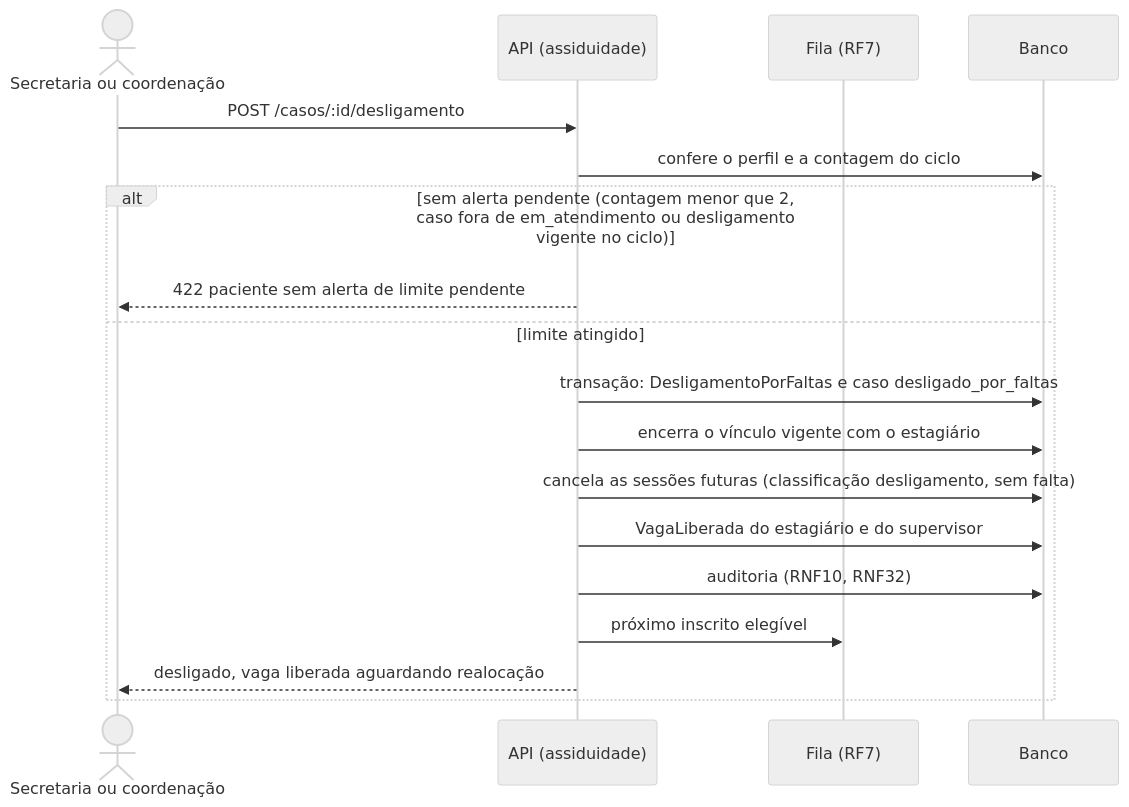
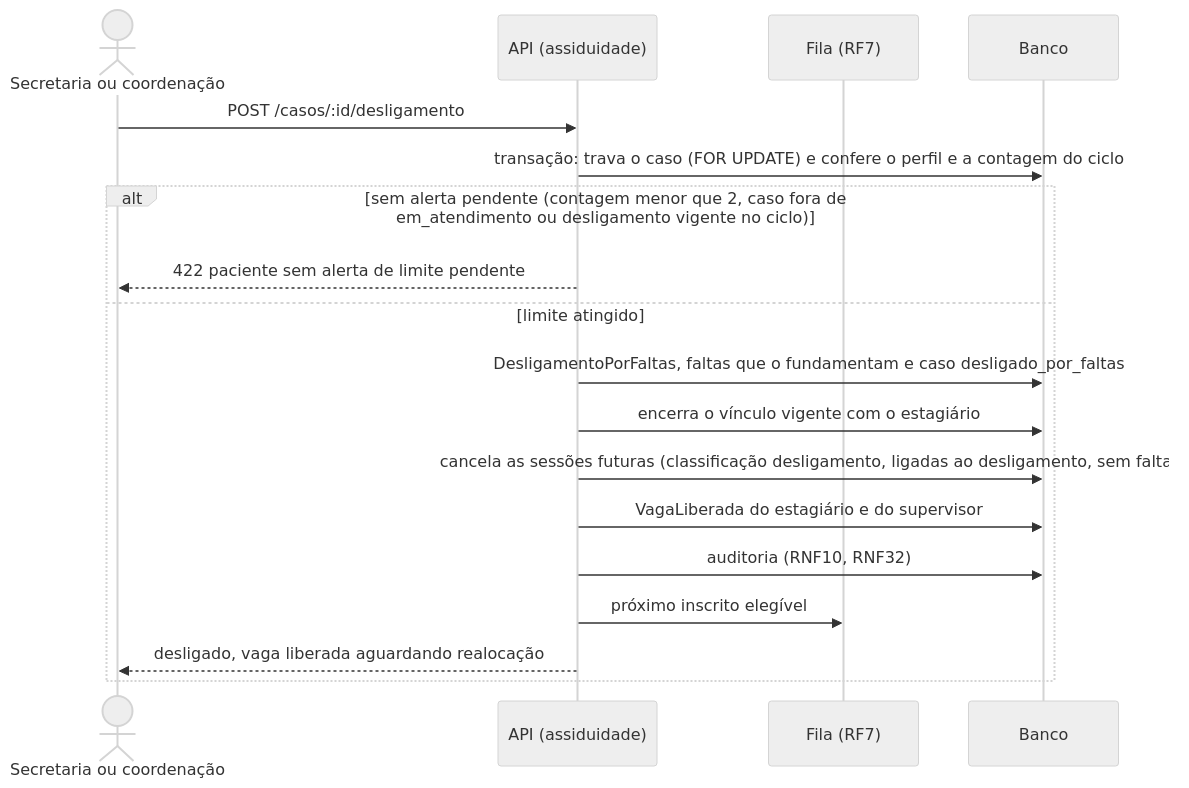
Diagram 23 of 24 in documentacao/docs/unidade-3/projeto-features-ciclo-4.md (mdsreq-fga-unb/REQ-2026.2-T02-ClinicaEscolaFBr), drawn with Mermaid (neutral theme) before and after one commit. The commit also changed other lines of this file and 1 other file, not shown here.

````diff
--- a/documentacao/docs/unidade-3/projeto-features-ciclo-4.md
+++ b/documentacao/docs/unidade-3/projeto-features-ciclo-4.md
@@ -967,20 +978,20 @@
 ```mermaid
 sequenceDiagram
     actor U as Secretaria ou coordenação
     participant A as API (assiduidade)
     participant F as Fila (RF7)
     participant DB as Banco
     U->>A: POST /casos/:id/desligamento
-    A->>DB: confere o perfil e a contagem do ciclo
+    A->>DB: transação: trava o caso (FOR UPDATE) e confere o perfil e a contagem do ciclo
     alt sem alerta pendente (contagem menor que 2, caso fora de em_atendimento ou desligamento vigente no ciclo)
         A-->>U: 422 paciente sem alerta de limite pendente
     else limite atingido
-        A->>DB: transação: DesligamentoPorFaltas e caso desligado_por_faltas
+        A->>DB: DesligamentoPorFaltas, faltas que o fundamentam e caso desligado_por_faltas
         A->>DB: encerra o vínculo vigente com o estagiário
-        A->>DB: cancela as sessões futuras (classificação desligamento, sem falta)
+        A->>DB: cancela as sessões futuras (classificação desligamento, ligadas ao desligamento, sem falta)
         A->>DB: VagaLiberada do estagiário e do supervisor
         A->>DB: auditoria (RNF10, RNF32)
         A->>F: próximo inscrito elegível
         A-->>U: desligado, vaga liberada aguardando realocação
     end
 ```
````
